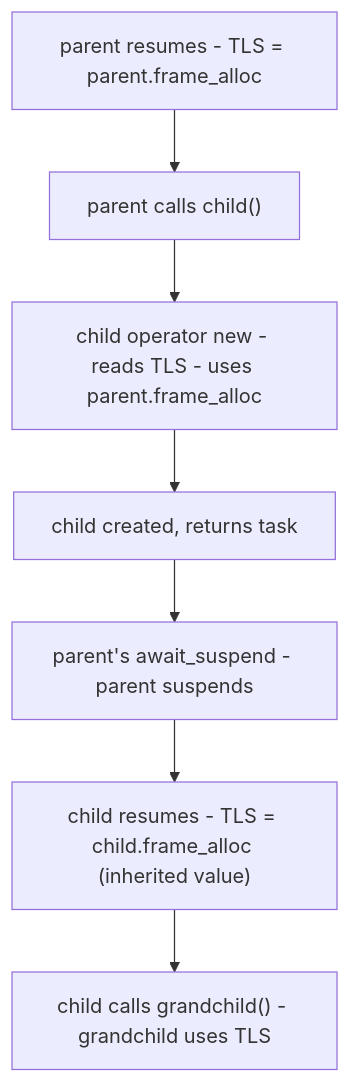
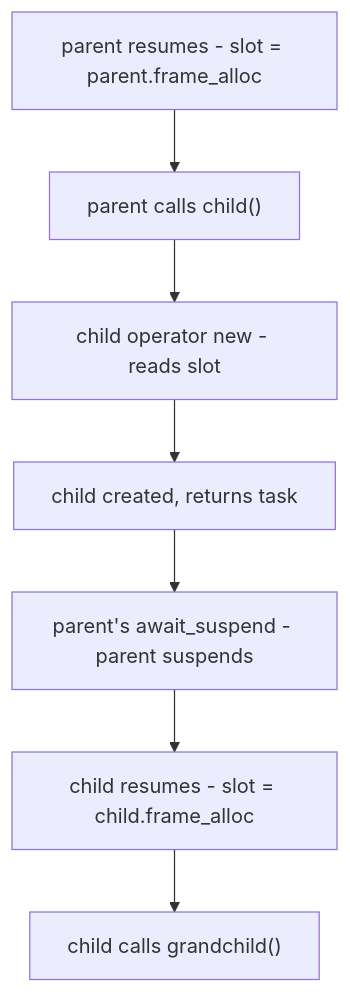
Before and after one commit to sgerbino/wg21-papers: the diagram in source/network-endeavor/d4172-io-awaitables-design.md, drawn with Mermaid. The commit also changed other lines of this file and 2 other files, not shown here.

````diff
--- a/source/network-endeavor/d4172-io-awaitables-design.md
+++ b/source/network-endeavor/d4172-io-awaitables-design.md
@@ -285,10 +498,10 @@
 ```mermaid
 flowchart TD
-    A["parent resumes - TLS = parent.frame_alloc"]
+    A["parent resumes - slot = parent.frame_alloc"]
     --> B["parent calls child()"]
-    --> C["child operator new - reads TLS - uses parent.frame_alloc"]
+    --> C["child operator new - reads slot"]
     --> D["child created, returns task"]
     --> E["parent's await_suspend - parent suspends"]
-    --> F["child resumes - TLS = child.frame_alloc (inherited value)"]
-    --> G["child calls grandchild() - grandchild uses TLS"]
+    --> F["child resumes - slot = child.frame_alloc"]
+    --> G["child calls grandchild()"]
 ```
````
